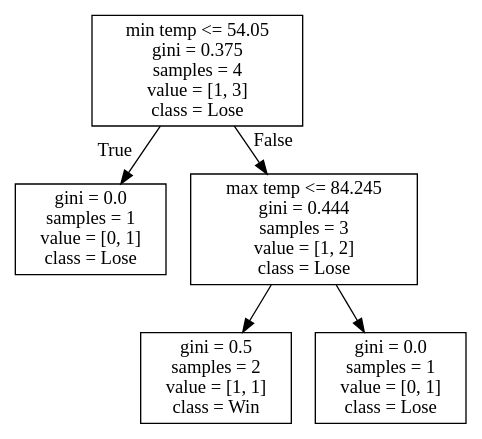
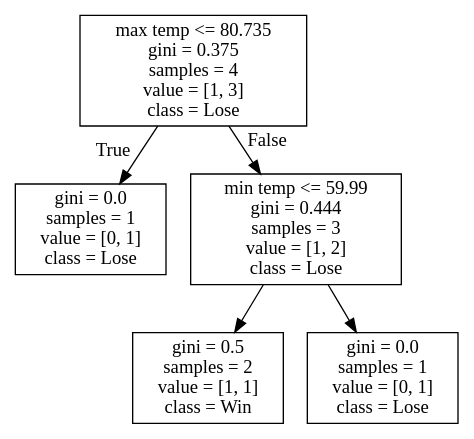
The diagram in DecisionTrees/Conference USAdecision_tree_no_score_or_attendance12.dot (alexana-steck/CSE482Project), drawn with Graphviz before and after one commit. The commit also changed 236 other files, not shown here.

```diff
--- a/DecisionTrees/Conference USAdecision_tree_no_score_or_attendance12.dot
+++ b/DecisionTrees/Conference USAdecision_tree_no_score_or_attendance12.dot
@@ -1,12 +1,12 @@
 digraph Tree {
 node [shape=box] ;
-0 [label="min temp <= 54.05\ngini = 0.375\nsamples = 4\nvalue = [1, 3]\nclass = Lose"] ;
+0 [label="max temp <= 80.735\ngini = 0.375\nsamples = 4\nvalue = [1, 3]\nclass = Lose"] ;
 1 [label="gini = 0.0\nsamples = 1\nvalue = [0, 1]\nclass = Lose"] ;
 0 -> 1 [labeldistance=2.5, labelangle=45, headlabel="True"] ;
-2 [label="max temp <= 84.245\ngini = 0.444\nsamples = 3\nvalue = [1, 2]\nclass = Lose"] ;
+2 [label="min temp <= 59.99\ngini = 0.444\nsamples = 3\nvalue = [1, 2]\nclass = Lose"] ;
 0 -> 2 [labeldistance=2.5, labelangle=-45, headlabel="False"] ;
 3 [label="gini = 0.5\nsamples = 2\nvalue = [1, 1]\nclass = Win"] ;
 2 -> 3 ;
 4 [label="gini = 0.0\nsamples = 1\nvalue = [0, 1]\nclass = Lose"] ;
 2 -> 4 ;
 }
```
